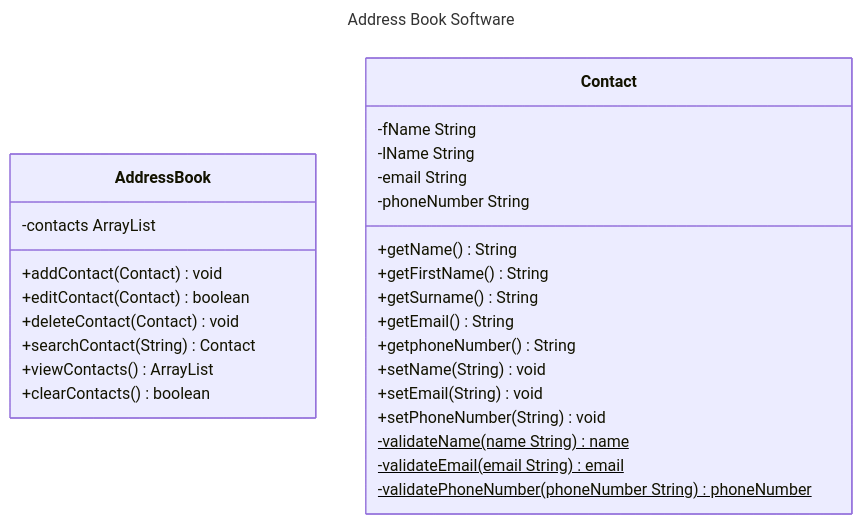
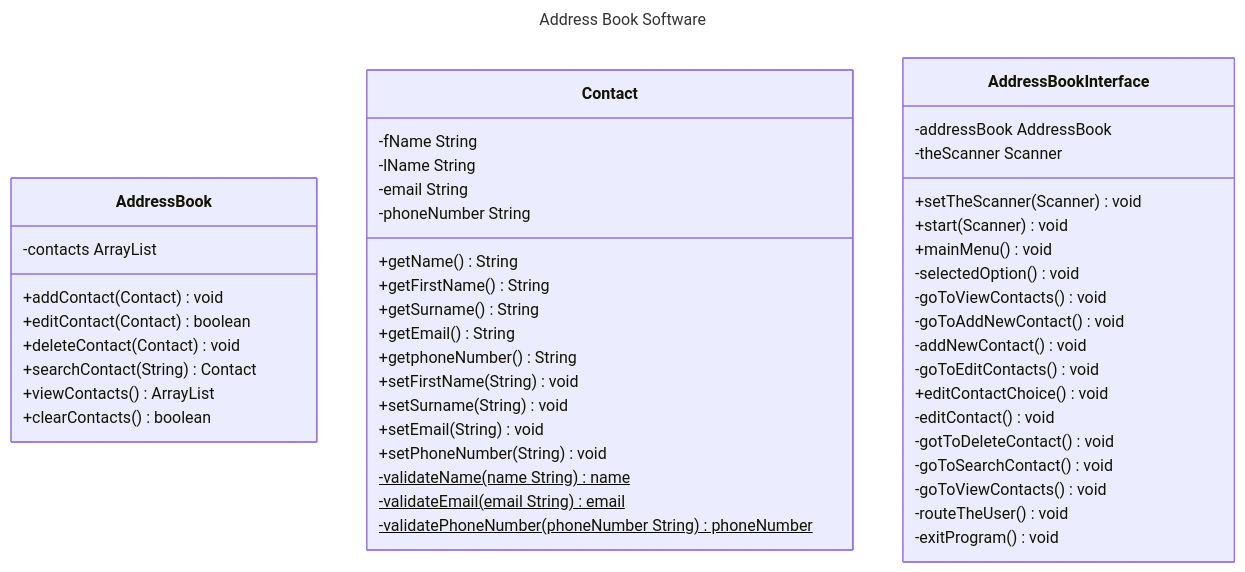
The diagram in docs/domain-models-test-plan.md (myaleung/address-book-application), drawn with Mermaid before and after one commit. The commit also changed 4 other files, not shown here.

Commit message:
feat: add edit contact method in address book class

````diff
--- a/docs/domain-models-test-plan.md
+++ b/docs/domain-models-test-plan.md
@@ -5,32 +5,53 @@
 ```mermaid
 ---
 title: Address Book Software
 ---
 classDiagram
     class AddressBook {
         -contacts ArrayList<Contact>
         +addContact(Contact) void
         +editContact(Contact) boolean
         +deleteContact(Contact) void
         +searchContact(String) Contact
         +viewContacts() ArrayList
         +clearContacts() boolean
     }
     class Contact {
         -fName String
         -lName String
         -email  String
         -phoneNumber String
         +getName() String
         +getFirstName() String
         +getSurname() String
         +getEmail() String
         +getphoneNumber() String
-        +setName(String) void
+        +setFirstName(String) void
+        +setSurname(String) void
         +setEmail(String) void
         +setPhoneNumber(String) void
         -validateName(name String)$ name
         -validateEmail(email String)$ email
         -validatePhoneNumber(phoneNumber String)$ phoneNumber
     }
+        
+    class AddressBookInterface {
+        -addressBook AddressBook 
+        -theScanner Scanner
+        +setTheScanner(Scanner) void
+        +start(Scanner) void
+        +mainMenu() void
+        -selectedOption() void
+        -goToViewContacts() void
+        -goToAddNewContact() void
+        -addNewContact() void
+        -goToEditContacts() void
+        +editContactChoice() void
+        -editContact() void
+        -gotToDeleteContact() void
+        -goToSearchContact() void
+        -goToViewContacts() void
+        -routeTheUser() void
+        -exitProgram() void
+    }
 ```
````
